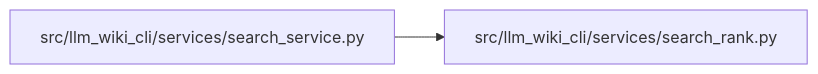
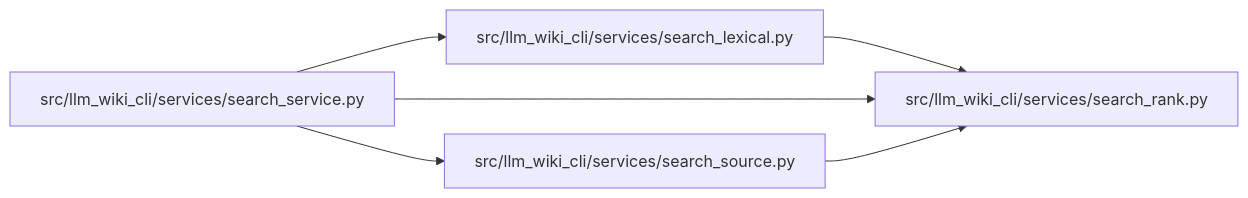
One commit to Denissvgn/python-wiki-llm changed the diagram in docs/llm_wiki/modules/search_rank.md. Above: the diagram before and after it, drawn with Mermaid. The commit also changed other lines of this file and 450 other files, not shown here.

Commit message:
Refresh maintained wiki from qualified source and workflow guidance

````diff
--- a/docs/llm_wiki/modules/search_rank.md
+++ b/docs/llm_wiki/modules/search_rank.md
@@ -29,8 +29,16 @@
 ```mermaid
 flowchart LR
-    n0["src/llm_wiki_cli/services/search_rank.py"]
-    n1["src/llm_wiki_cli/services/search_service.py"]
-    n1 --> n0
-    click n0 "../modules/search_rank.md"
-    click n1 "../modules/search_service.md"
+    n0["src/llm_wiki_cli/services/search_lexical.py"]
+    n1["src/llm_wiki_cli/services/search_rank.py"]
+    n2["src/llm_wiki_cli/services/search_service.py"]
+    n3["src/llm_wiki_cli/services/search_source.py"]
+    n0 --> n1
+    n2 --> n0
+    n2 --> n1
+    n2 --> n3
+    n3 --> n1
+    click n0 "../modules/search_lexical.md"
+    click n1 "../modules/search_rank.md"
+    click n2 "../modules/search_service.md"
+    click n3 "../modules/search_source.md"
 ```
````
